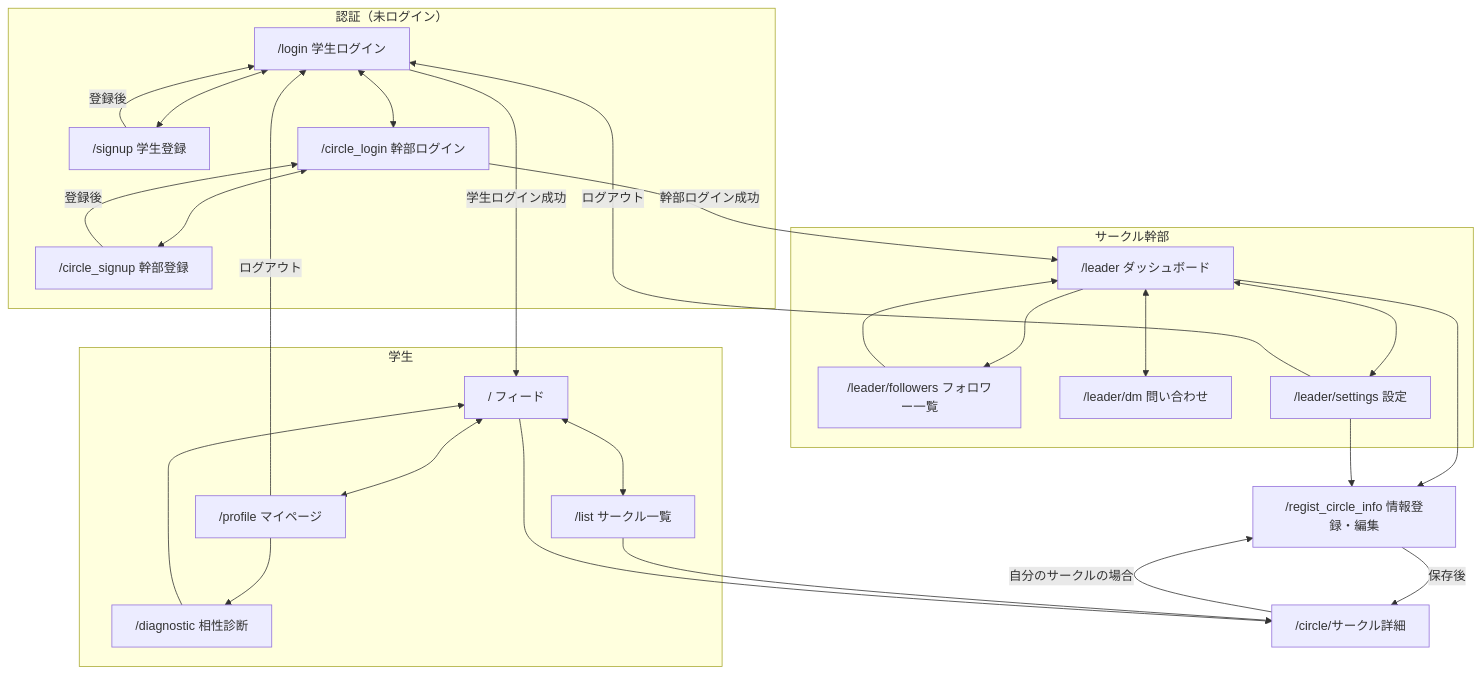
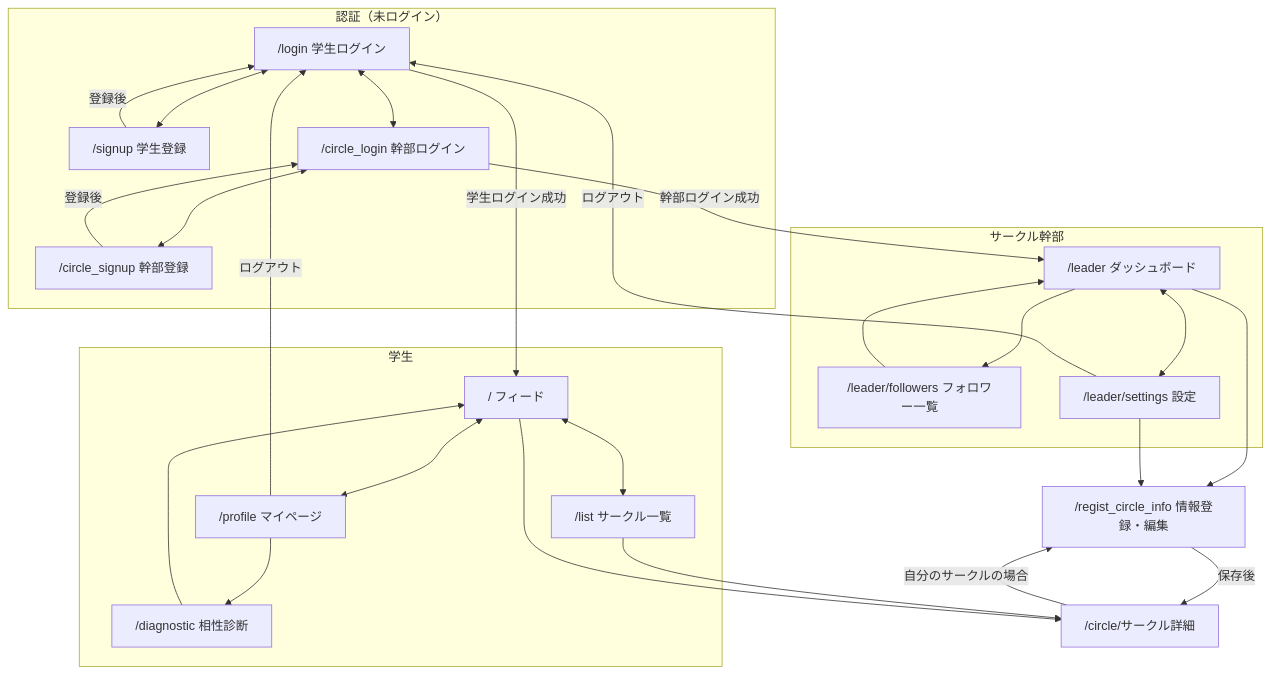
The diagram in README.md (Ankou369/circle_search_app), drawn with Mermaid before and after one commit. The commit also changed 3 other files, not shown here.

````diff
--- a/README.md
+++ b/README.md
@@ -9,46 +9,44 @@
 ```mermaid
 flowchart TD
     subgraph auth ["認証（未ログイン）"]
         L["/login 学生ログイン"]
         SU["/signup 学生登録"]
         CL["/circle_login 幹部ログイン"]
         CS["/circle_signup 幹部登録"]
         L <--> SU
         CL <--> CS
         L <--> CL
     end
     subgraph student ["学生"]
         HOME["/ フィード"]
         LIST["/list サークル一覧"]
         PROF["/profile マイページ"]
         DIAG["/diagnostic 相性診断"]
         HOME <--> LIST
         HOME <--> PROF
         PROF --> DIAG
         DIAG --> HOME
     end
     subgraph leader ["サークル幹部"]
         DASH["/leader ダッシュボード"]
         FOL["/leader/followers フォロワー一覧"]
-        LDM["/leader/dm 問い合わせ"]
         SET["/leader/settings 設定"]
-        DASH <--> LDM
         DASH <--> SET
         DASH --> FOL
         FOL --> DASH
     end
     DET["/circle/サークル詳細"]
     REG["/regist_circle_info 情報登録・編集"]
     L -->|学生ログイン成功| HOME
     SU -->|登録後| L
     CL -->|幹部ログイン成功| DASH
     CS -->|登録後| CL
     LIST --> DET
     HOME --> DET
     DASH --> REG
     SET --> REG
     DET -->|自分のサークルの場合| REG
     REG -->|保存後| DET
     PROF -->|ログアウト| L
     SET -->|ログアウト| L
 ```
````
